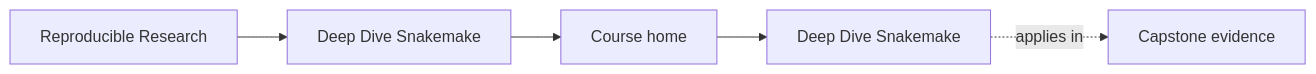
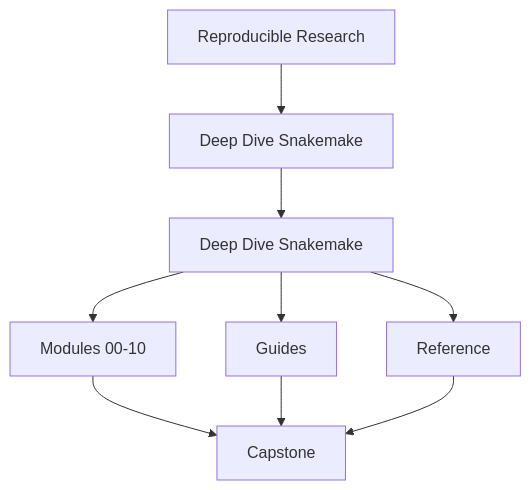
Before and after one commit to bijux/bijux-masterclass: the first of 2 diagrams in programs/reproducible-research/deep-dive-snakemake/course-book/index.md, drawn with Mermaid. The commit also changed other lines of this file and 2 other files, not shown here.

Commit message:
docs(deep-dive-snakemake): reframe course-book entry diagrams

````diff
--- a/programs/reproducible-research/deep-dive-snakemake/course-book/index.md
+++ b/programs/reproducible-research/deep-dive-snakemake/course-book/index.md
@@ -7,11 +7,11 @@
 ```mermaid
-graph LR
-  family["Reproducible Research"]
-  program["Deep Dive Snakemake"]
-  section["Course home"]
-  page["Deep Dive Snakemake"]
-  capstone["Capstone evidence"]
-
-  family --> program --> section --> page
-  page -.applies in.-> capstone
+flowchart TD
+  family["Reproducible Research"] --> program["Deep Dive Snakemake"]
+  program --> home["Deep Dive Snakemake"]
+  home --> modules["Modules 00-10"]
+  home --> guides["Guides"]
+  home --> reference["Reference"]
+  modules --> capstone["Capstone"]
+  guides --> capstone
+  reference --> capstone
 ```
````
